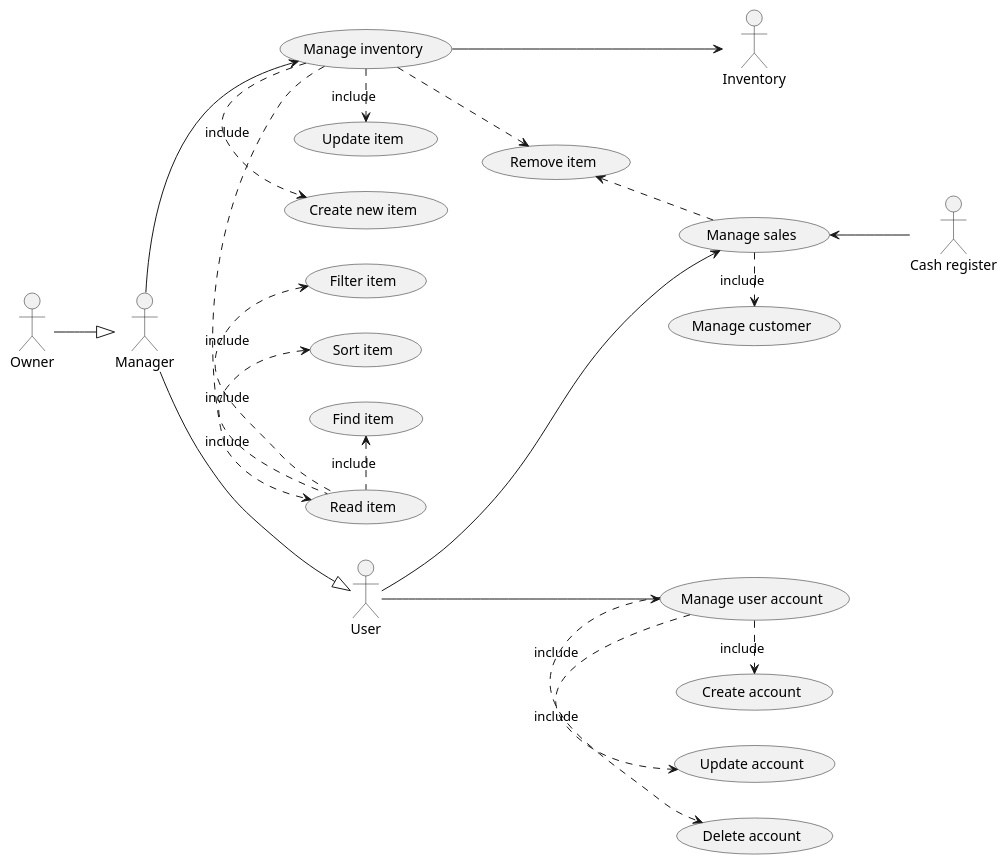
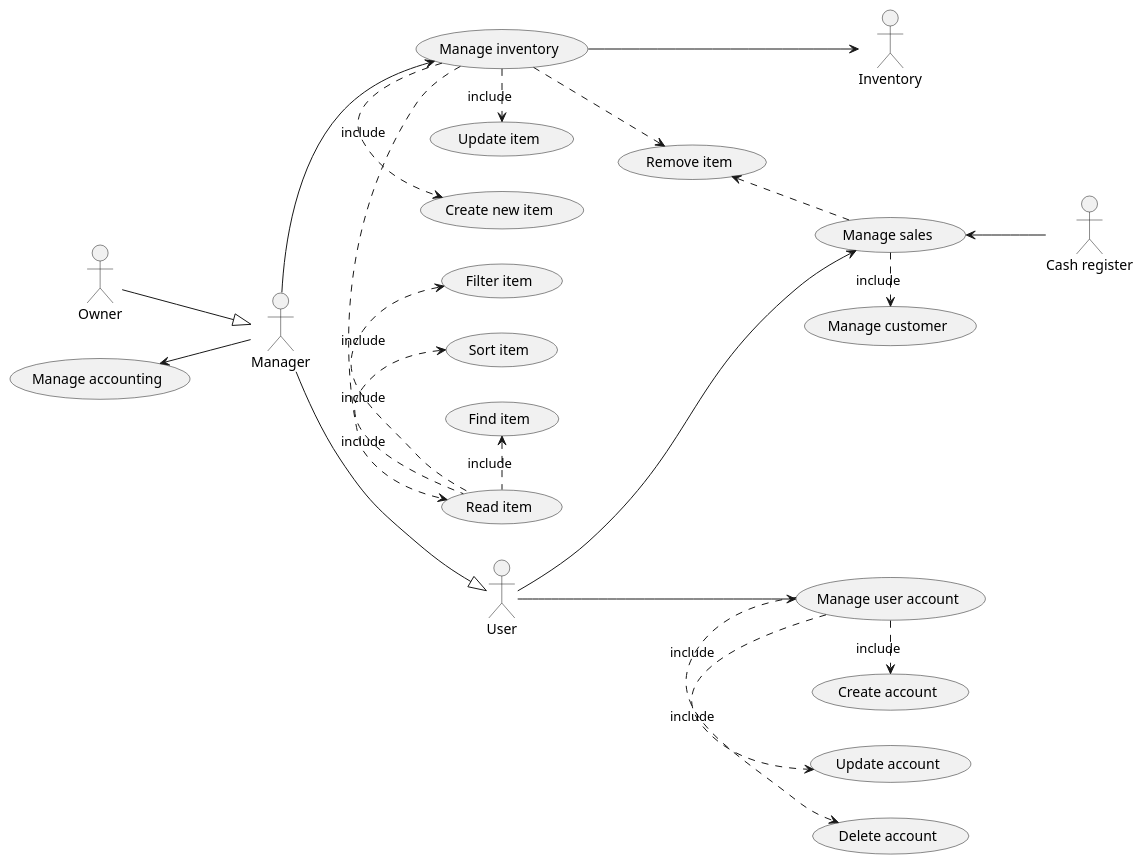
Before and after one commit to mspronesti/ezshop: the second of 4 diagrams in Deliverables/RequirementsDocument.md, drawn with PlantUML.

Commit message:
docs: add missing UC in UCD

````diff
--- a/Deliverables/RequirementsDocument.md
+++ b/Deliverables/RequirementsDocument.md
@@ -176,43 +176,44 @@
 ```plantuml
 @startuml
 left to right direction
 
 actor :Cash register: as cr
 actor :User: as u
 actor :Inventory: as i
 actor :Manager: as m
 actor :Owner: as o
 
 
 o --|> m
 m --|> u
 u --> (Manage sales)
 
 (Manage sales) .> (Manage customer) :include
 
 u --> (Manage user account)
 
 
 (Manage user account) .> (Create account) :include
 (Manage user account) .> (Delete account) :include
 (Manage user account) .> (Update account) :include
 
 m --> (Manage inventory)
 
 
 (Manage inventory) .> (Create new item) :include 
 (Manage inventory) .> (Update item) :include 
 (Manage inventory) .> (Read item) :include 
 (Manage inventory) .> (Remove item) :include
 (Remove item) <. (Manage sales) :include
 
 
 (Find item)  <. (Read item):include
 (Filter item) <. (Read item):include 
 (Sort item)  <. (Read item):include
 
 (Manage inventory) --> i
 
 (Manage sales) <-- cr
+(Manage accounting) <-- m
 @enduml
 ```
````
